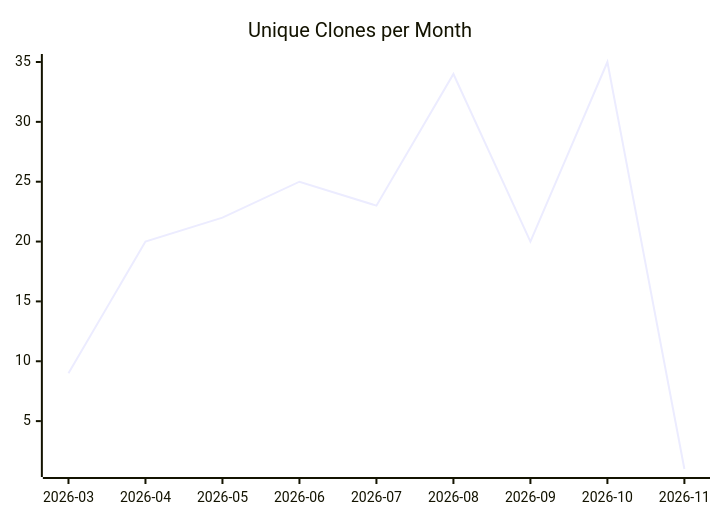
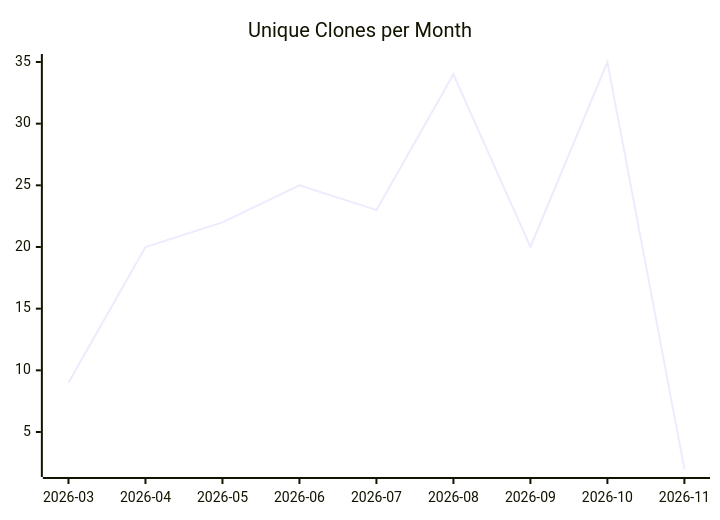
One commit to justdavis-family/github-analytics-data changed the third of 3 diagrams in karlmdavis/kxml2/README.md. Above: the diagram before and after it, drawn with Mermaid. The commit also changed other lines of this file and 196 other files, not shown here.

````diff
--- a/karlmdavis/kxml2/README.md
+++ b/karlmdavis/kxml2/README.md
@@ -19,6 +19,6 @@
 ```mermaid
 xychart-beta
   title "Unique Clones per Month"
   x-axis ["2026-03", "2026-04", "2026-05", "2026-06", "2026-07", "2026-08", "2026-09", "2026-10", "2026-11"]
-  line [9, 20, 22, 25, 23, 34, 20, 35, 1]
+  line [9, 20, 22, 25, 23, 34, 20, 35, 2]
 ```
````
